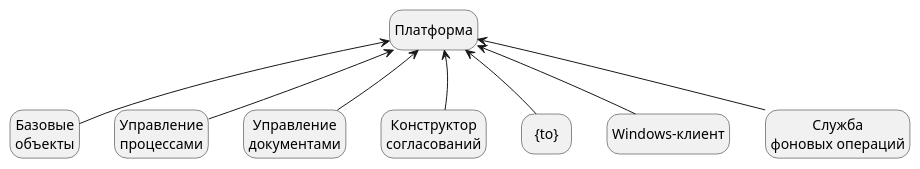
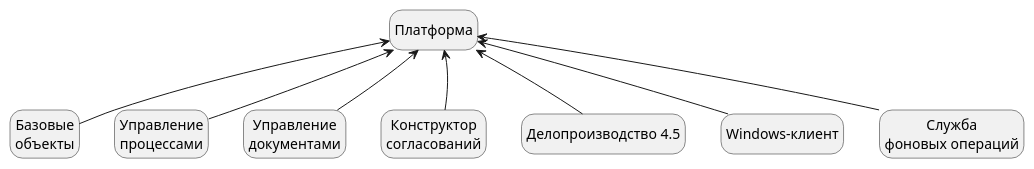
Before and after one commit to Docsvision/antora-playbook: the diagram in system-description/modules/ROOT/pages/base-modules.adoc, drawn with PlantUML.

Commit message:
Атрибут {to}

```diff
--- a/system-description/modules/ROOT/pages/base-modules.adoc
+++ b/system-description/modules/ROOT/pages/base-modules.adoc
@@ -15,37 +15,37 @@
 [plantuml, svg]
 ....
 @startuml
 hide empty description
 '!pragma layout elk
 skinparam rectangleBorderThickness 1
 skinparam defaultTextAlignment center
 skinparam lifelineStrategy solid
 skinparam monochrome true
 
 State "Платформа" as platform
 State "Базовые\nобъекты" as baseobjects
 State "Управление\nпроцессами" as workflow
 State "Управление\nдокументами" as documentmanagement
 State "Конструктор\nсогласований" as approvaldesigner
-State "{to}" as takeoffice
+State "Делопроизводство 4.5" as takeoffice
 State "Windows-клиент" as windowsclient
 State "Служба\nфоновых операций" as workerservice
 
 baseobjects --> platform
 workflow --> platform
 takeoffice --> platform
 windowsclient --> platform
 documentmanagement --> platform
 approvaldesigner --> platform
 workerservice --> platform
 
 platform -[hidden]-> baseobjects
 platform -[hidden]-> workflow
 platform -[hidden]-> takeoffice
 platform -[hidden]-> windowsclient
 platform -[hidden]-> documentmanagement
 platform -[hidden]-> approvaldesigner
 platform -[hidden]-> workerservice
 
 @enduml
 ....
```
